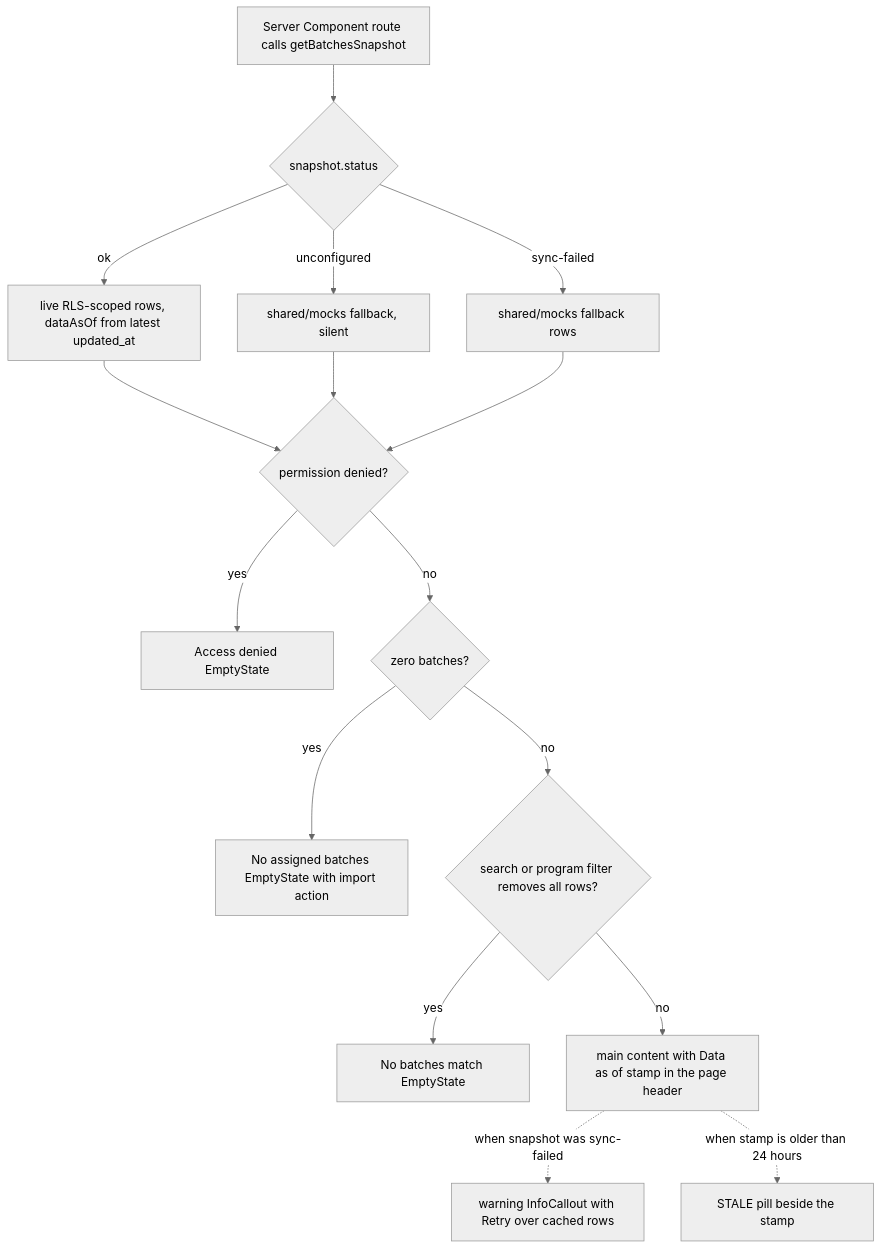
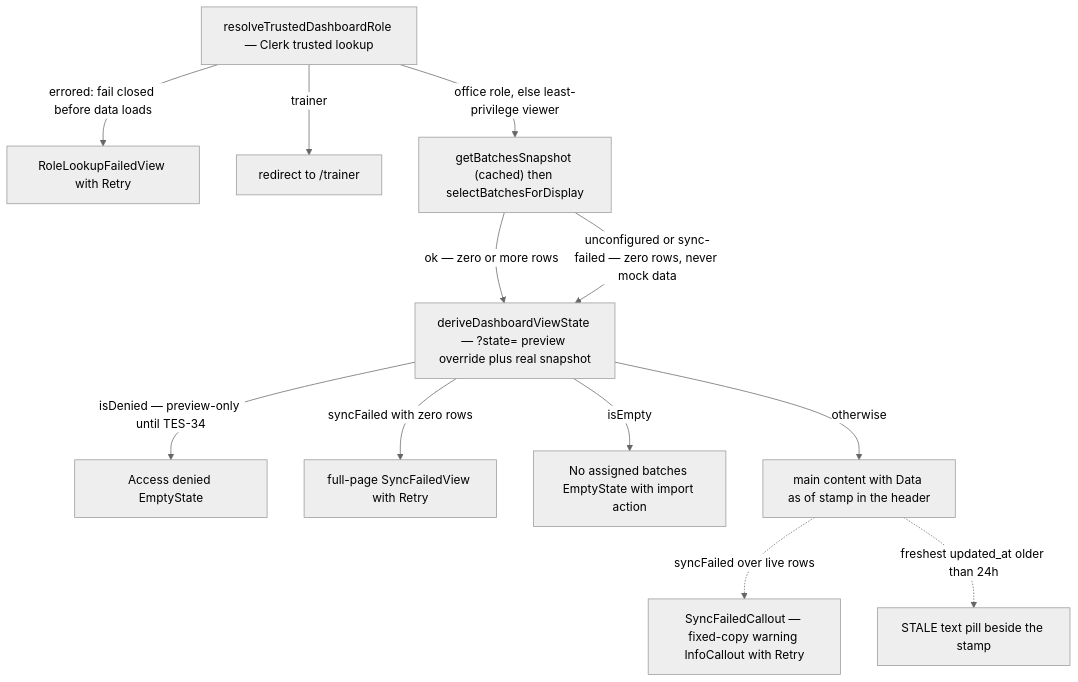
One commit to shuakyle21/tesda-compliance-manager changed the second of 2 diagrams in openwiki/architecture/design-system.md. Above: the diagram before and after it, drawn with Mermaid (neutral theme). The commit also changed other lines of this file and 5 other files, not shown here.

````diff
--- a/openwiki/architecture/design-system.md
+++ b/openwiki/architecture/design-system.md
@@ -120,18 +186,14 @@
 ```mermaid
 flowchart TD
-    fetch["Server Component route calls getBatchesSnapshot"] --> status{"snapshot.status"}
-    status -->|"ok"| live["live RLS-scoped rows, dataAsOf from latest updated_at"]
-    status -->|"unconfigured"| mocks["shared/mocks fallback, silent"]
-    status -->|"sync-failed"| cached["shared/mocks fallback rows"]
-    live --> denied{"permission denied?"}
-    mocks --> denied
-    cached --> denied
-    denied -->|"yes"| deniedUI["Access denied EmptyState"]
-    denied -->|"no"| empty{"zero batches?"}
-    empty -->|"yes"| emptyUI["No assigned batches EmptyState with import action"]
-    empty -->|"no"| filtered{"search or program filter removes all rows?"}
-    filtered -->|"yes"| noResultsUI["No batches match EmptyState"]
-    filtered -->|"no"| content["main content with Data as of stamp in the page header"]
-    content -.->|"when snapshot was sync-failed"| banner["warning InfoCallout with Retry over cached rows"]
-    content -.->|"when stamp is older than 24 hours"| stalepill["STALE pill beside the stamp"]
+    lookup["resolveTrustedDashboardRole — Clerk trusted lookup"] -->|errored: fail closed before data loads| failedUI["RoleLookupFailedView with Retry"]
+    lookup -->|trainer| redirect["redirect to /trainer"]
+    lookup -->|office role, else least-privilege viewer| snap["getBatchesSnapshot (cached) then selectBatchesForDisplay"]
+    snap -->|ok — zero or more rows| view["deriveDashboardViewState — ?state= preview override plus real snapshot"]
+    snap -->|unconfigured or sync-failed — zero rows, never mock data| view
+    view -->|isDenied — preview-only until TES-34| deniedUI["Access denied EmptyState"]
+    view -->|syncFailed with zero rows| syncUI["full-page SyncFailedView with Retry"]
+    view -->|isEmpty| emptyUI["No assigned batches EmptyState with import action"]
+    view -->|otherwise| content["main content with Data as of stamp in the header"]
+    content -.->|syncFailed over live rows| banner["SyncFailedCallout — fixed-copy warning InfoCallout with Retry"]
+    content -.->|freshest updated_at older than 24h| stalepill["STALE text pill beside the stamp"]
 ```
````
